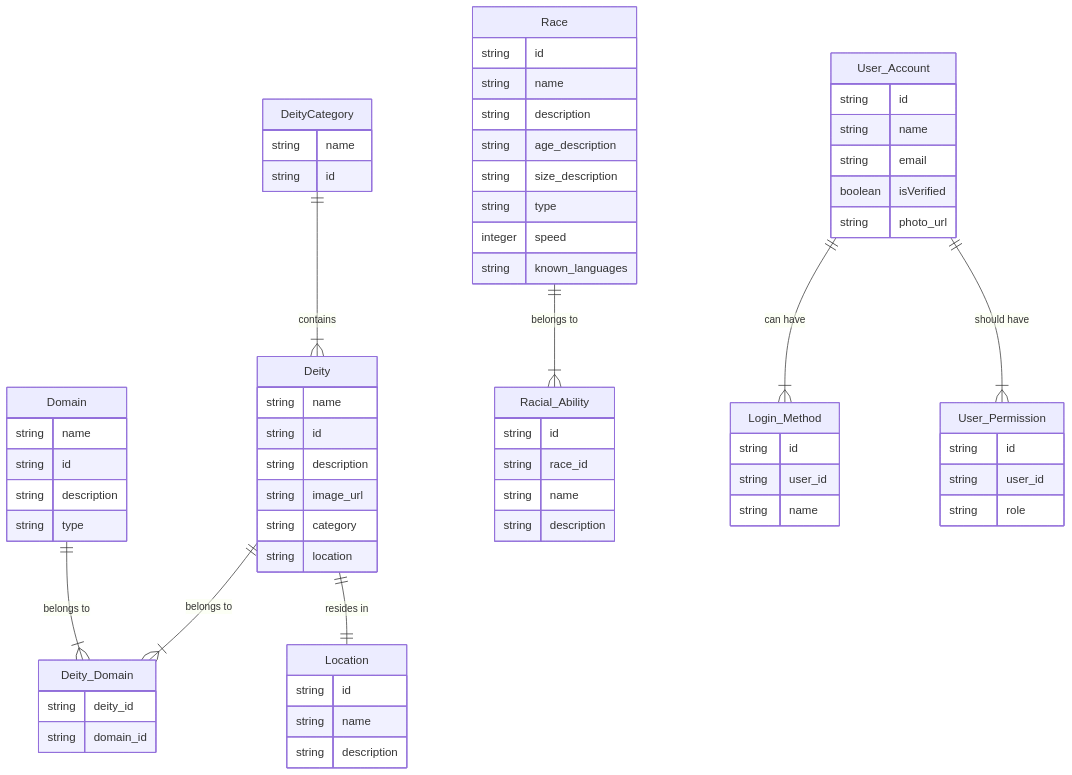
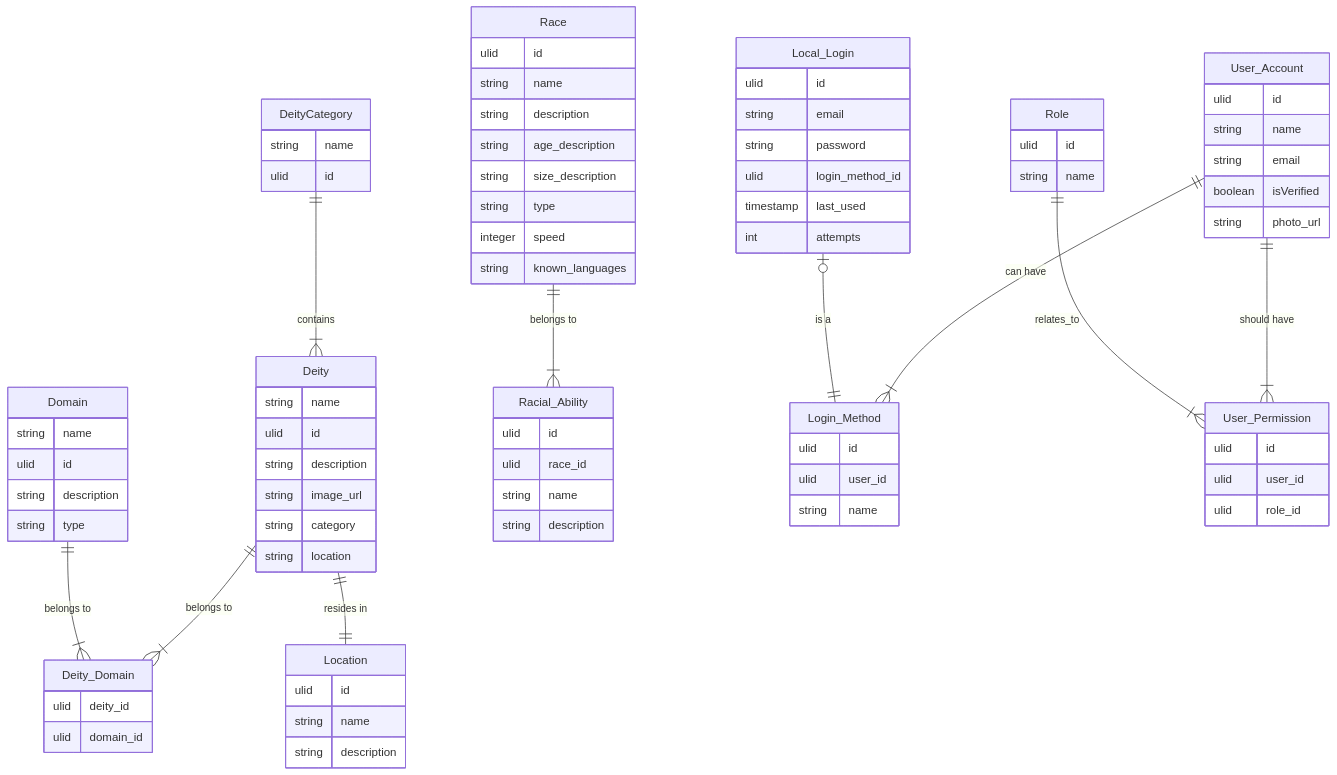
Before and after one commit to jmcdo29/unteris: the diagram in libs/db/migrations/diagram.mmd, drawn with Mermaid. The commit also changed 3 other files, not shown here.

Commit message:
feat: set up the database migrations and diagram for users

```diff
--- a/libs/db/migrations/diagram.mmd
+++ b/libs/db/migrations/diagram.mmd
@@ -1,68 +1,82 @@
 erDiagram
     DeityCategory ||--|{ Deity : "contains"
     Deity ||--|{ Deity_Domain : "belongs to"
     Domain ||--|{ Deity_Domain : "belongs to"
     Deity ||--|| Location : "resides in"
     Race ||--|{ Racial_Ability : "belongs to"
     User_Account ||--|{ Login_Method : "can have"
+    Local_Login |o --|| Login_Method : "is a"
     User_Account || --|{ User_Permission : "should have"
+    Role || --|{ User_Permission : "relates_to"
     DeityCategory {
         string name
-        string id
+        ulid id
     }
     Deity {
         string name
-        string id
+        ulid id
         string description
         string image_url
         string category
         string location
     }
     Domain {
         string name
-        string id
+        ulid id
         string description
         string type
     }
     Deity_Domain {
-        string deity_id
-        string domain_id
+        ulid deity_id
+        ulid domain_id
     }
     Location {
-        string id
+        ulid id
         string name
         string description
     }
     Race {
-        string id
+        ulid id
         string name
         string description
         string age_description
         string size_description
         string type
         integer speed
         string known_languages
     }
     Racial_Ability {
-        string id
-        string race_id
+        ulid id
+        ulid race_id
         string name
         string description
     }
     User_Account {
-        string id
+        ulid id
         string name
         string email
         boolean isVerified
         string photo_url
     }
     User_Permission {
-        string id
-        string user_id
-        string role
+        ulid id
+        ulid user_id
+        ulid role_id
     }
     Login_Method {
-        string id
-        string user_id
+        ulid id
+        ulid user_id
         string name
     }
+    Local_Login {
+        ulid id
+        string email
+        string password
+        ulid login_method_id
+        timestamp last_used
+        int attempts
+    }
+    Role {
+        ulid id
+        string name
+    }
```
